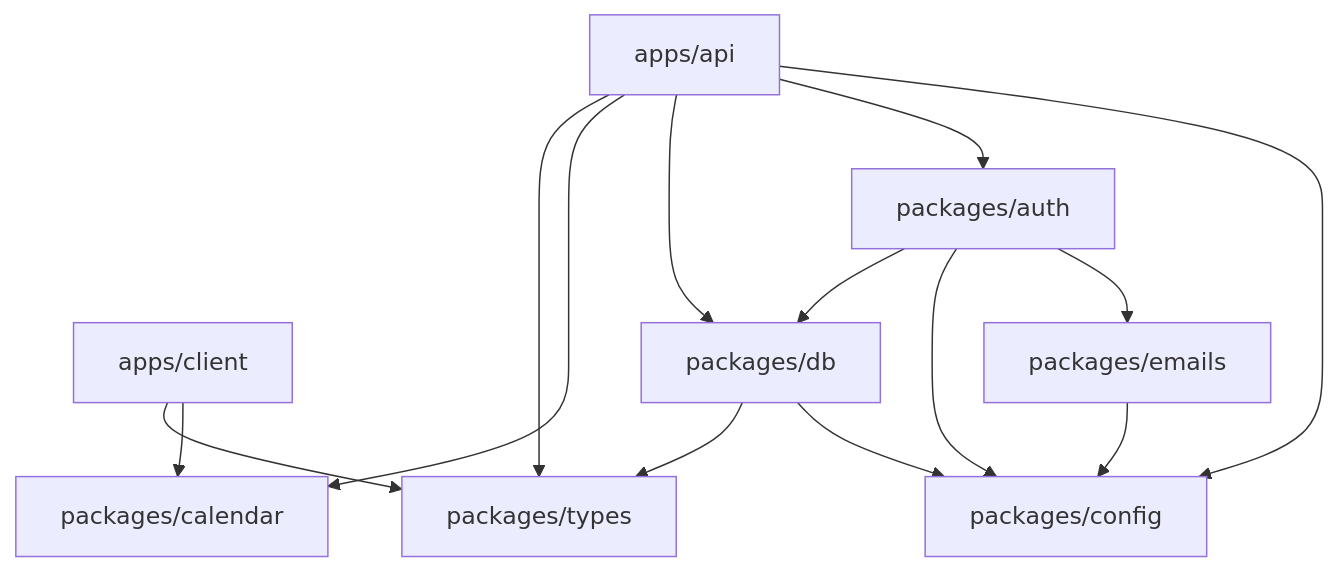
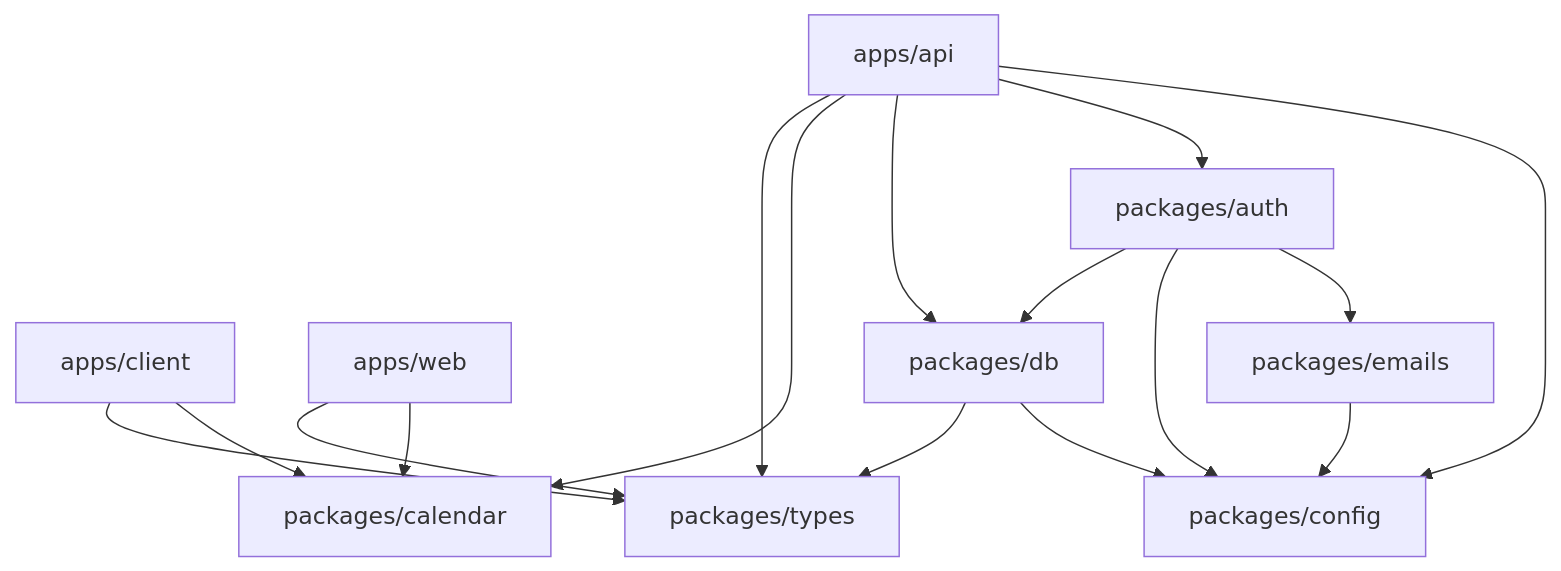
The diagram in packages/docs/src/content/docs/architecture/packages.mdx (frgtn-dot-dev/musubi), drawn with Mermaid before and after one commit. The commit also changed other lines of this file and 21 other files, not shown here.

````diff
--- a/packages/docs/src/content/docs/architecture/packages.mdx
+++ b/packages/docs/src/content/docs/architecture/packages.mdx
@@ -104,25 +120,28 @@
 ```mermaid
 flowchart TD
     client[apps/client]
+    web[apps/web]
     api[apps/api]
     auth[packages/auth]
     db[packages/db]
     calendar[packages/calendar]
     types[packages/types]
     config[packages/config]
     emails[packages/emails]
 
     client --> types
     client --> calendar
+    web --> types
+    web --> calendar
     api --> types
     api --> calendar
     api --> db
     api --> auth
     auth --> db
     db --> types
     api --> config
     db --> config
     auth --> config
     auth --> emails
     emails --> config
 ```
````
